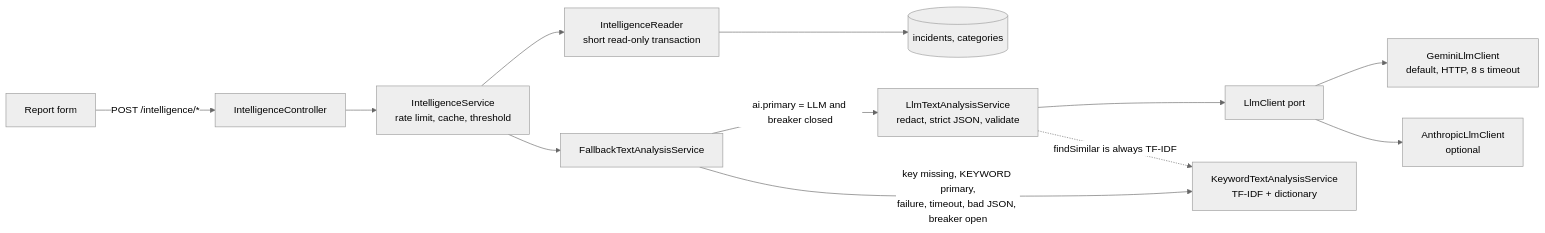
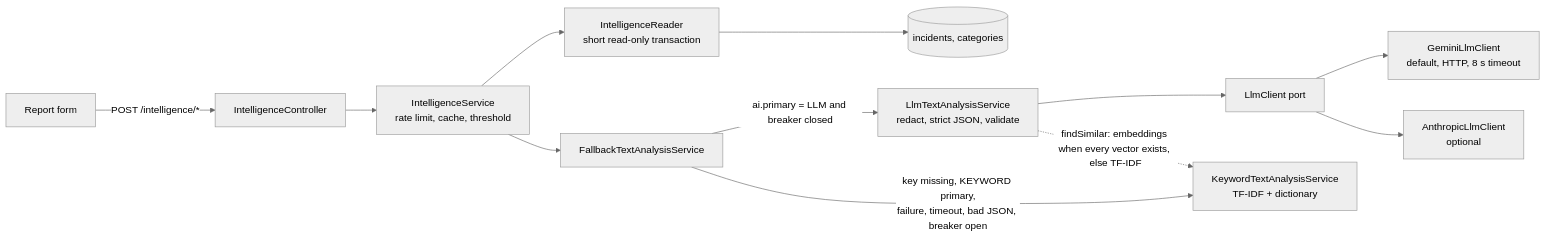
One commit to sanay7-devv/Frusk-OOPs-Project changed diagram 25 of 44 in backend/docs/SYSTEM_GUIDE.md. Above: the diagram before and after it, drawn with Mermaid (neutral theme). The commit also changed other lines of this file and 8 other files, not shown here.

First line of the commit message:
Docs: bring roadmap, guide and decision record up to date

````diff
--- a/backend/docs/SYSTEM_GUIDE.md
+++ b/backend/docs/SYSTEM_GUIDE.md
@@ -1592,14 +1592,14 @@
 ```mermaid
 flowchart LR
     UI[Report form] -->|POST /intelligence/*| C[IntelligenceController]
     C --> S[IntelligenceService<br/>rate limit, cache, threshold]
     S --> R[IntelligenceReader<br/>short read-only transaction]
     R --> DB[(incidents, categories)]
     S --> F[FallbackTextAnalysisService]
     F -->|ai.primary = LLM and breaker closed| L[LlmTextAnalysisService<br/>redact, strict JSON, validate]
     L --> P[LlmClient port]
     P --> G[GeminiLlmClient<br/>default, HTTP, 8 s timeout]
     P --> A[AnthropicLlmClient<br/>optional]
     F -->|key missing, KEYWORD primary,<br/>failure, timeout, bad JSON, breaker open| K[KeywordTextAnalysisService<br/>TF-IDF + dictionary]
-    L -.->|findSimilar is always TF-IDF| K
+    L -.->|findSimilar: embeddings when every vector exists, else TF-IDF| K
 ```
````
